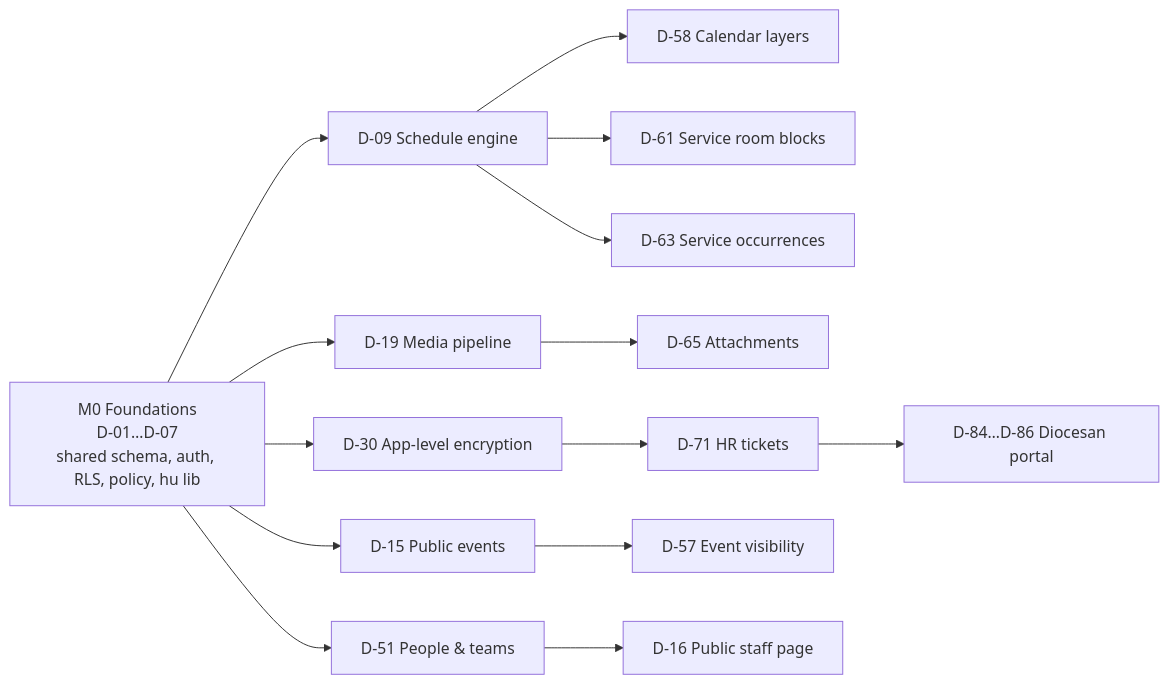
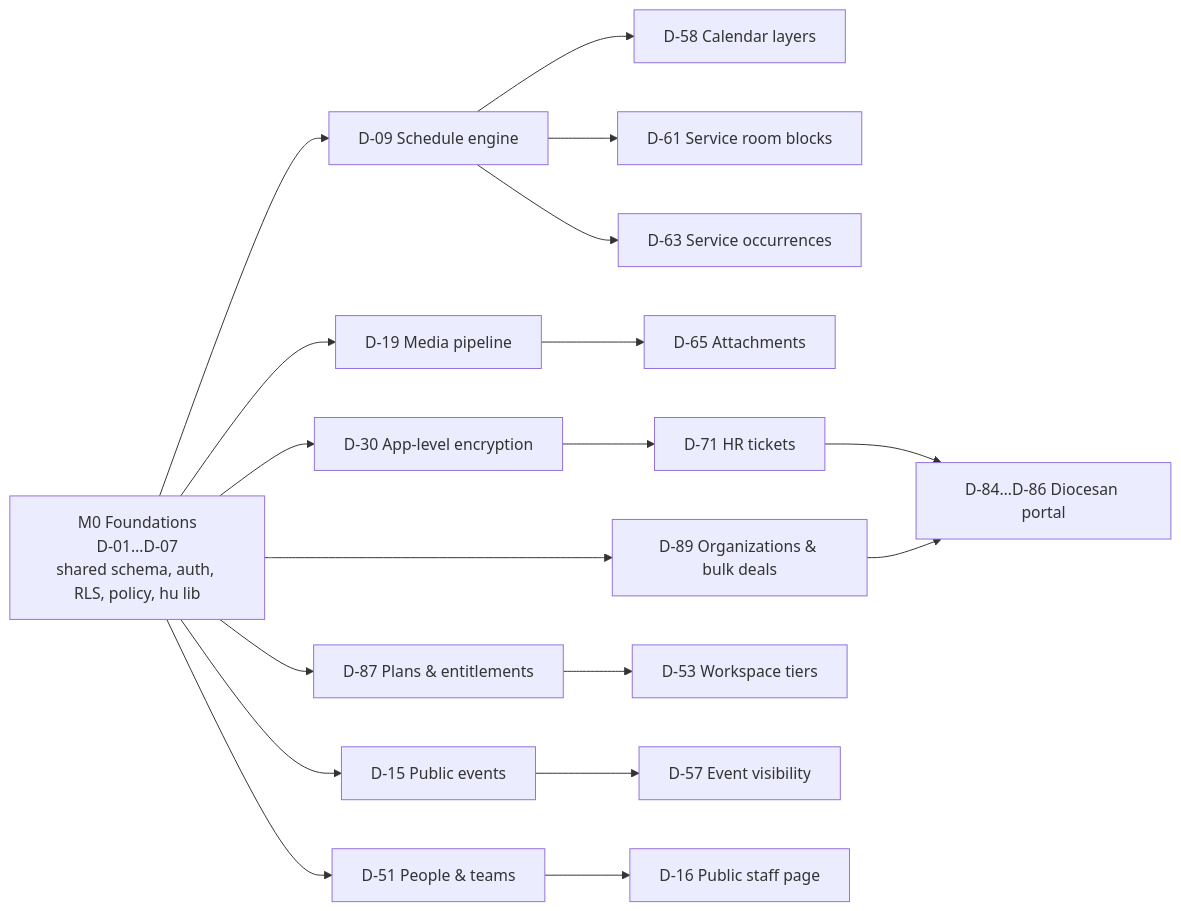
One commit to obviousmarcello/churchy changed the first of 2 diagrams in docs/03-DELIVERABLES.md. Above: the diagram before and after it, drawn with Mermaid. The commit also changed other lines of this file and 2 other files, not shown here.

First line of the commit message:
Resolve remaining open questions: pricing, diocesan deals, Barion, domains, preset review

````diff
--- a/docs/03-DELIVERABLES.md
+++ b/docs/03-DELIVERABLES.md
@@ -70,17 +71,21 @@
 ```mermaid
 flowchart LR
     M0[M0 Foundations<br/>D-01…D-07<br/>shared schema, auth, RLS, policy, hu lib]
     M0 --> D09[D-09 Schedule engine]
     M0 --> D19[D-19 Media pipeline]
     M0 --> D30[D-30 App-level encryption]
     M0 --> D51[D-51 People & teams]
     M0 --> D15[D-15 Public events]
     D09 --> D58[D-58 Calendar layers]
     D09 --> D61[D-61 Service room blocks]
     D09 --> D63[D-63 Service occurrences]
     D19 --> D65[D-65 Attachments]
     D30 --> D71[D-71 HR tickets]
     D71 --> D84[D-84…D-86 Diocesan portal]
+    M0 --> D89[D-89 Organizations & bulk deals]
+    D89 --> D84
+    D87[D-87 Plans & entitlements] --> D53[D-53 Workspace tiers]
+    M0 --> D87
     D15 --> D57[D-57 Event visibility]
     D51 --> D16[D-16 Public staff page]
 ```
````
